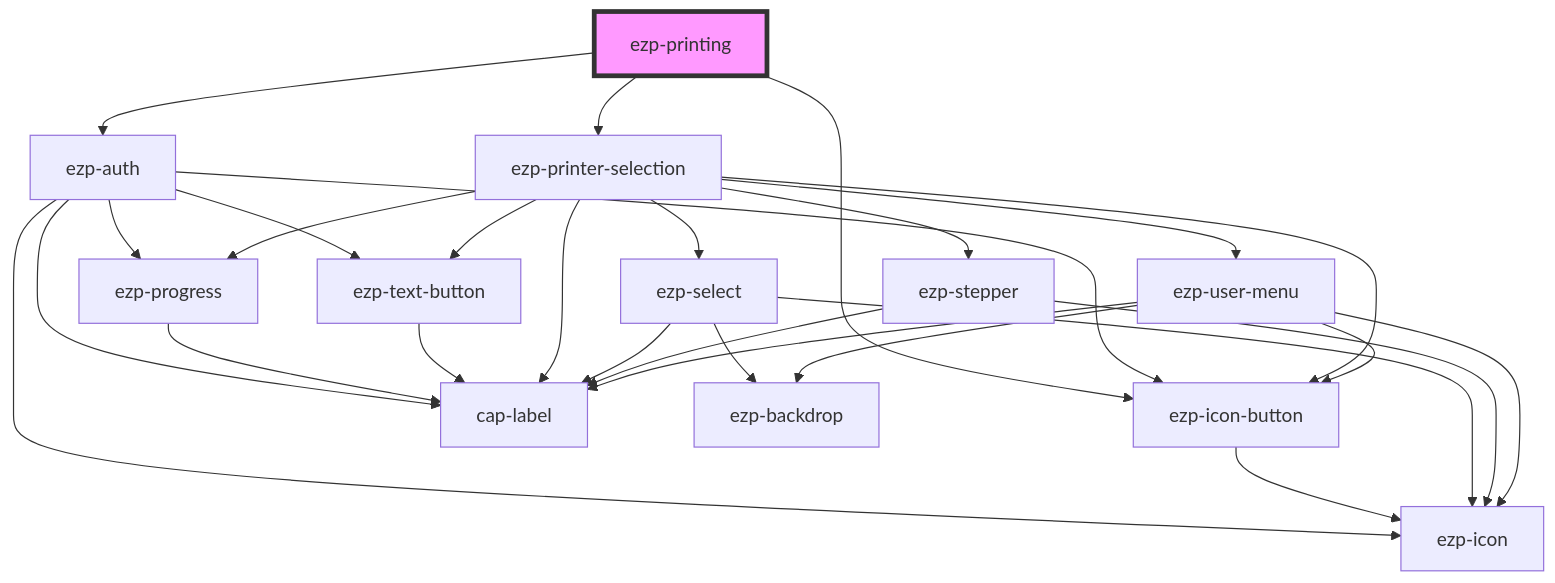
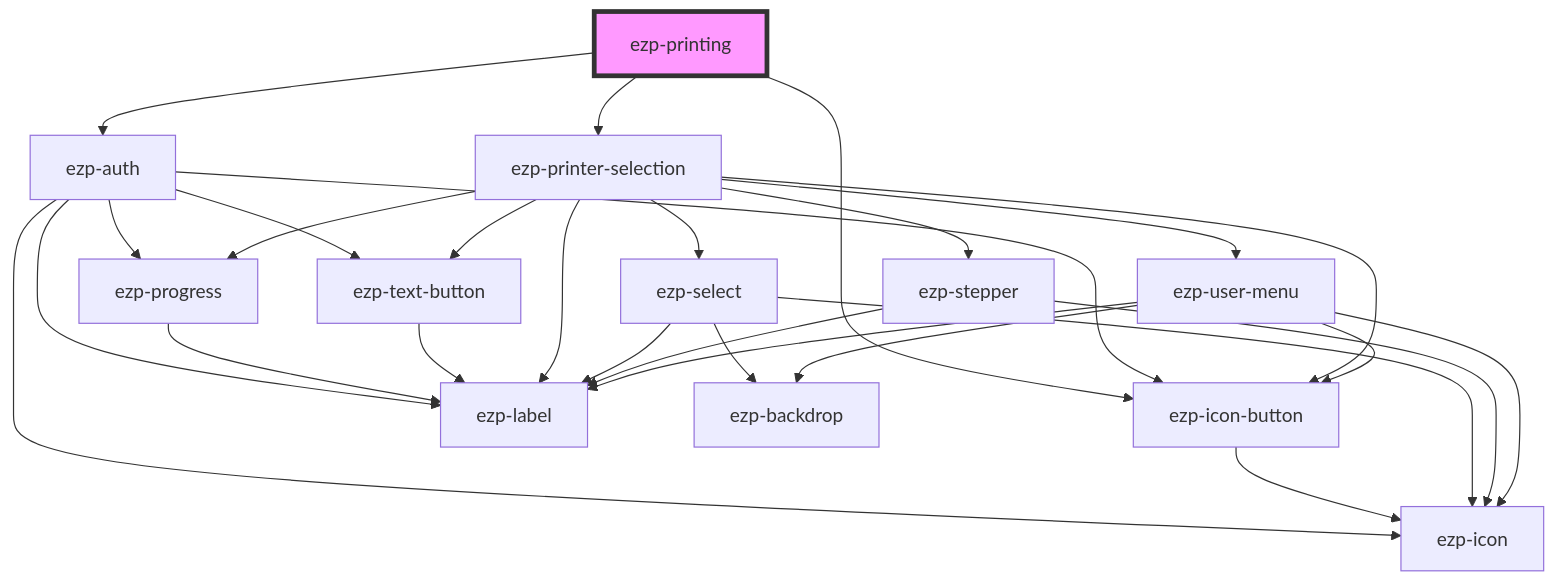
The diagram in src/components/ezp-printing/readme.md (ezeep/ezeep-js), drawn with Mermaid before and after one commit. The commit also changed 42 other files, not shown here.

````diff
--- a/src/components/ezp-printing/readme.md
+++ b/src/components/ezp-printing/readme.md
@@ -39,31 +39,31 @@
 ```mermaid
 graph TD;
   ezp-printing --> ezp-auth
   ezp-printing --> ezp-printer-selection
   ezp-printing --> ezp-icon-button
   ezp-auth --> ezp-progress
   ezp-auth --> ezp-icon-button
   ezp-auth --> ezp-icon
-  ezp-auth --> cap-label
+  ezp-auth --> ezp-label
   ezp-auth --> ezp-text-button
-  ezp-progress --> cap-label
+  ezp-progress --> ezp-label
   ezp-icon-button --> ezp-icon
-  ezp-text-button --> cap-label
+  ezp-text-button --> ezp-label
   ezp-printer-selection --> ezp-progress
-  ezp-printer-selection --> cap-label
+  ezp-printer-selection --> ezp-label
   ezp-printer-selection --> ezp-icon-button
   ezp-printer-selection --> ezp-select
   ezp-printer-selection --> ezp-stepper
   ezp-printer-selection --> ezp-text-button
   ezp-printer-selection --> ezp-user-menu
   ezp-select --> ezp-backdrop
   ezp-select --> ezp-icon
-  ezp-select --> cap-label
-  ezp-stepper --> cap-label
+  ezp-select --> ezp-label
+  ezp-stepper --> ezp-label
   ezp-stepper --> ezp-icon
   ezp-user-menu --> ezp-backdrop
-  ezp-user-menu --> cap-label
+  ezp-user-menu --> ezp-label
   ezp-user-menu --> ezp-icon-button
   ezp-user-menu --> ezp-icon
   style ezp-printing fill:#f9f,stroke:#333,stroke-width:4px
 ```
````
